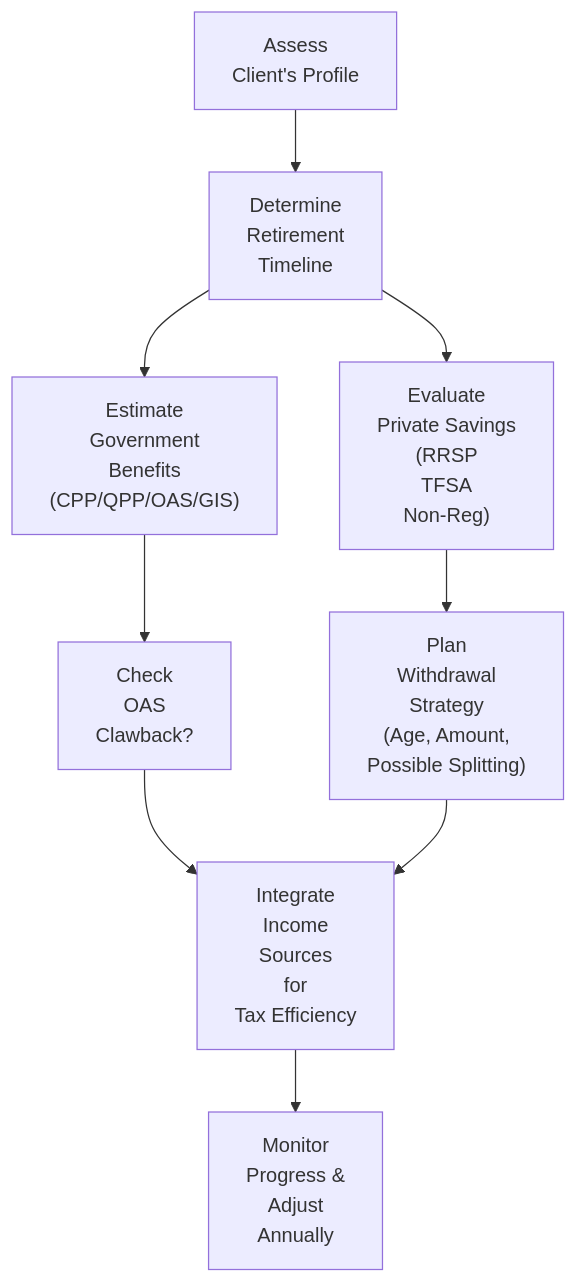
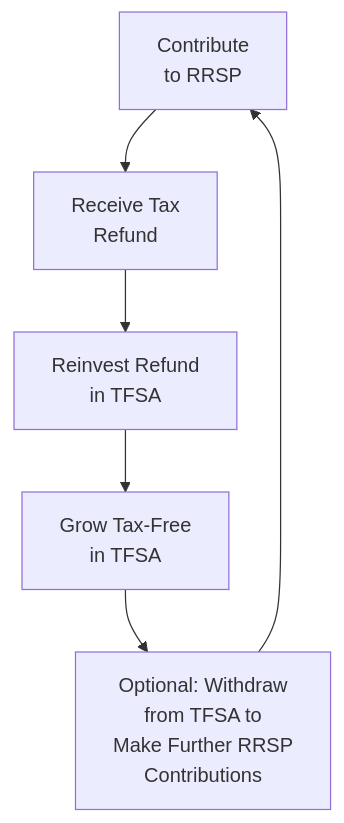
The second of 2 diagrams in content/ifc/6/4/index.md (MasteryEducation/SecuritiesExamsMastery.ca), drawn with Mermaid before and after one commit. The commit also changed other lines of this file and 130 other files, not shown here.

````diff
--- a/content/ifc/6/4/index.md
+++ b/content/ifc/6/4/index.md
@@ -111,11 +168,8 @@
 ```mermaid
 flowchart TB
-    A["Assess <br/>Client's Profile"] --> B["Determine <br/>Retirement<br/>Timeline"]
-    B --> C["Estimate <br/>Government <br/>Benefits<br/>(CPP/QPP/OAS/GIS)"]
-    B --> D["Evaluate <br/>Private Savings<br/>(RRSP<br/>TFSA<br/>Non-Reg)"]
-    C --> E["Check <br/>OAS<br/>Clawback?"]
-    D --> F["Plan <br/>Withdrawal <br/>Strategy<br/>(Age, Amount, <br/>Possible Splitting)"]
-    E --> G["Integrate <br/>Income<br/>Sources<br/>for <br/>Tax Efficiency"]
-    F --> G
-    G --> H["Monitor <br/>Progress & <br/>Adjust <br/>Annually"]
+    A["Contribute <br/> to RRSP"] --> B["Receive Tax <br/> Refund"]
+    B --> C["Reinvest Refund <br/> in TFSA"]
+    C --> D["Grow Tax-Free <br/> in TFSA"]
+    D --> E["Optional: Withdraw <br/> from TFSA to <br/> Make Further RRSP <br/> Contributions"]
+    E --> A
 ```
````
